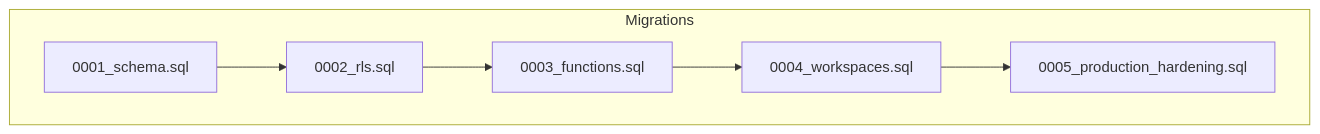
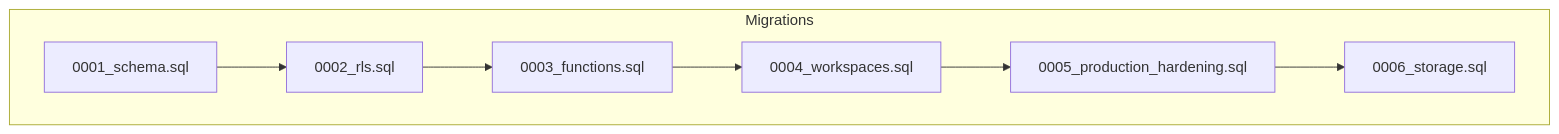
One commit to aarz24/Laris_HackathonGTNIC2026 changed the first of 7 diagrams in .qoder/repowiki/en/content/Database Design/Database Design.md. Above: the diagram before and after it, drawn with Mermaid. The commit also changed other lines of this file and 58 other files, not shown here.

````diff
--- a/.qoder/repowiki/en/content/Database Design/Database Design.md
+++ b/.qoder/repowiki/en/content/Database Design/Database Design.md
@@ -50,14 +63,16 @@
 ```mermaid
 graph TB
 subgraph "Migrations"
 M1["0001_schema.sql"]
 M2["0002_rls.sql"]
 M3["0003_functions.sql"]
 M4["0004_workspaces.sql"]
 M5["0005_production_hardening.sql"]
+M6["0006_storage.sql"]
 end
 M1 --> M2
 M2 --> M3
 M3 --> M4
 M4 --> M5
+M5 --> M6
 ```
````
